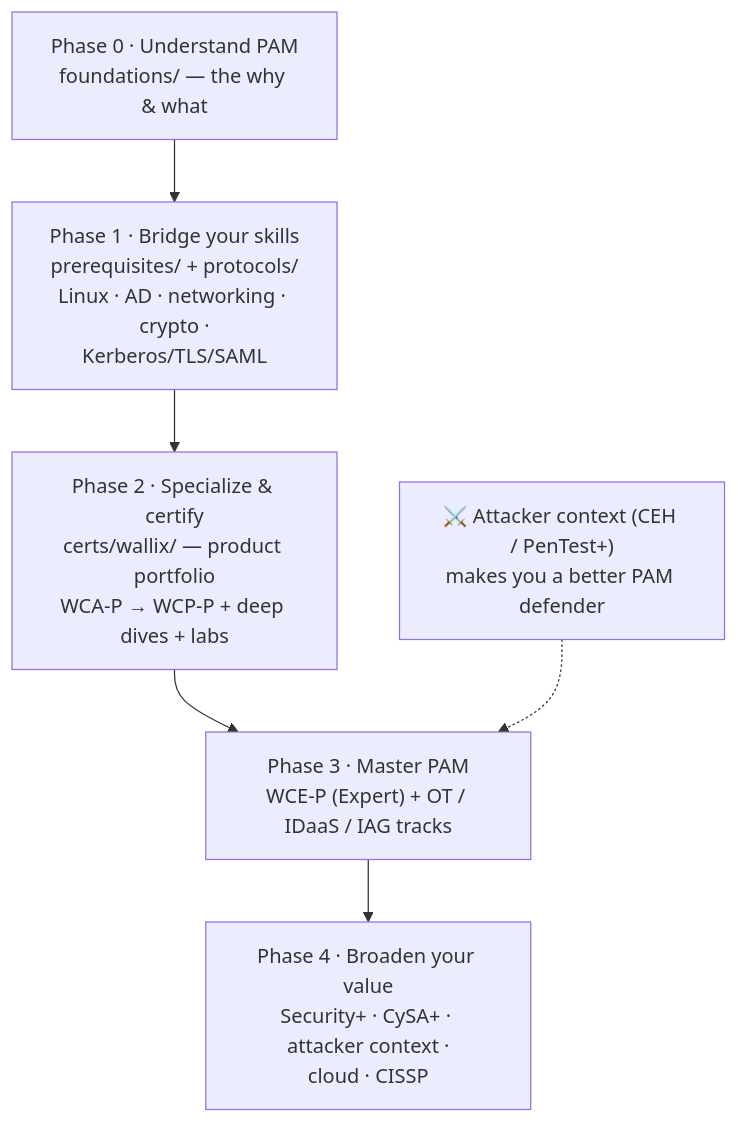
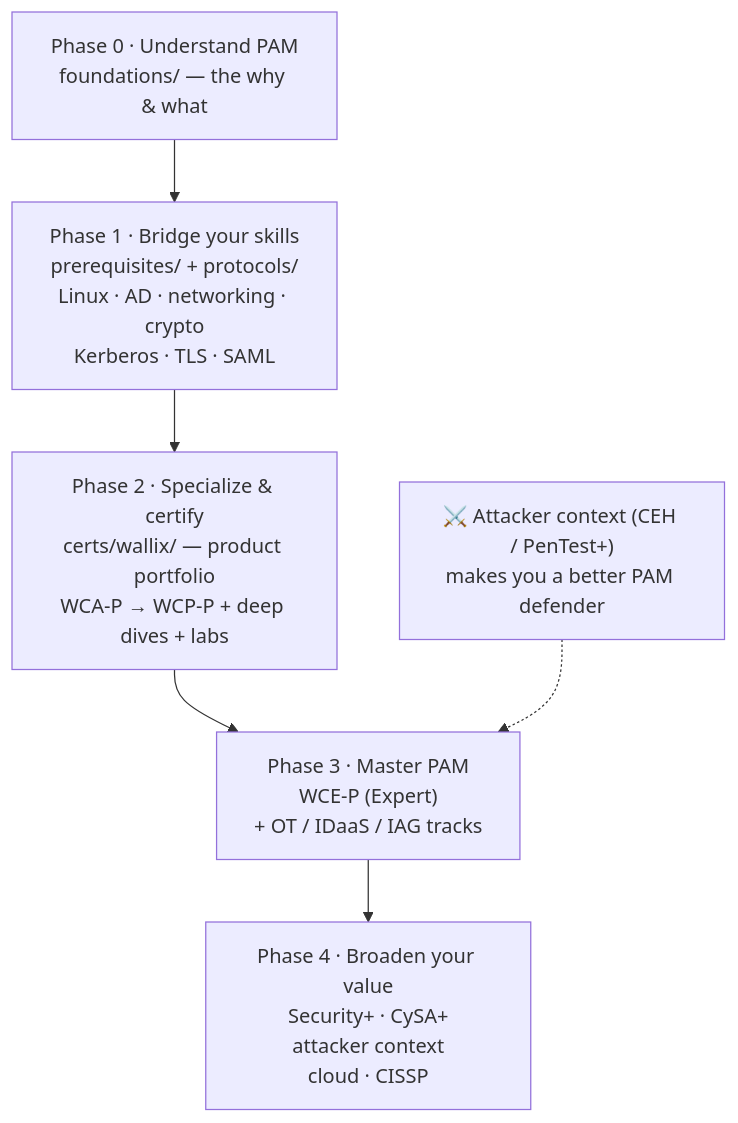
Before and after one commit to morandeirachema/WallixCerts: the first of 3 diagrams in README.md, drawn with Mermaid. The commit also changed 35 other files, not shown here.

First line of the commit message:
Tidy Mermaid boxes: balanced wrapping at a narrower width (36)

````diff
--- a/README.md
+++ b/README.md
@@ -66,10 +66,10 @@
 ```mermaid
 flowchart TB
     P0["Phase 0 · Understand PAM<br/>foundations/ — the why & what"]
-    P1["Phase 1 · Bridge your skills<br/>prerequisites/ + protocols/<br/>Linux · AD · networking · crypto ·<br/>Kerberos/TLS/SAML"]
+    P1["Phase 1 · Bridge your skills<br/>prerequisites/ + protocols/<br/>Linux · AD · networking · crypto<br/>Kerberos · TLS · SAML"]
     P2["Phase 2 · Specialize & certify<br/>certs/wallix/ — product portfolio<br/>WCA-P → WCP-P + deep dives + labs"]
-    P3["Phase 3 · Master PAM<br/>WCE-P (Expert) + OT / IDaaS / IAG tracks"]
-    P4["Phase 4 · Broaden your value<br/>Security+ · CySA+ · attacker context ·<br/>cloud · CISSP"]
+    P3["Phase 3 · Master PAM<br/>WCE-P (Expert)<br/>+ OT / IDaaS / IAG tracks"]
+    P4["Phase 4 · Broaden your value<br/>Security+ · CySA+<br/>attacker context<br/>cloud · CISSP"]
     P0 --> P1 --> P2 --> P3 --> P4
     ATT["⚔️ Attacker context (CEH / PenTest+)<br/>makes you a better PAM defender"] -.-> P3
 ```
````
